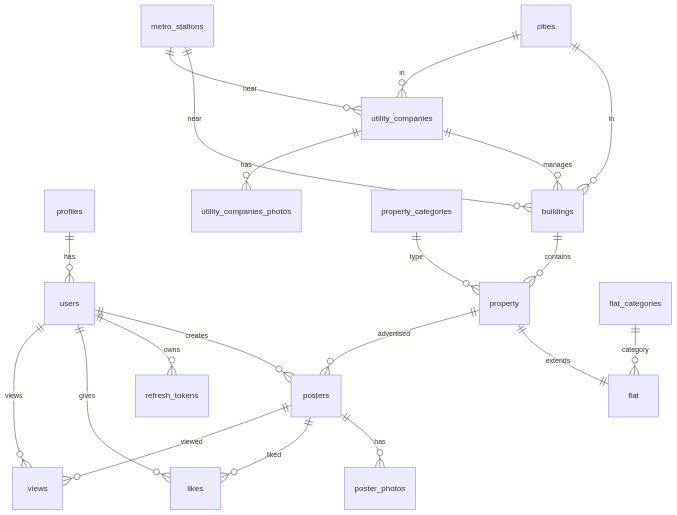
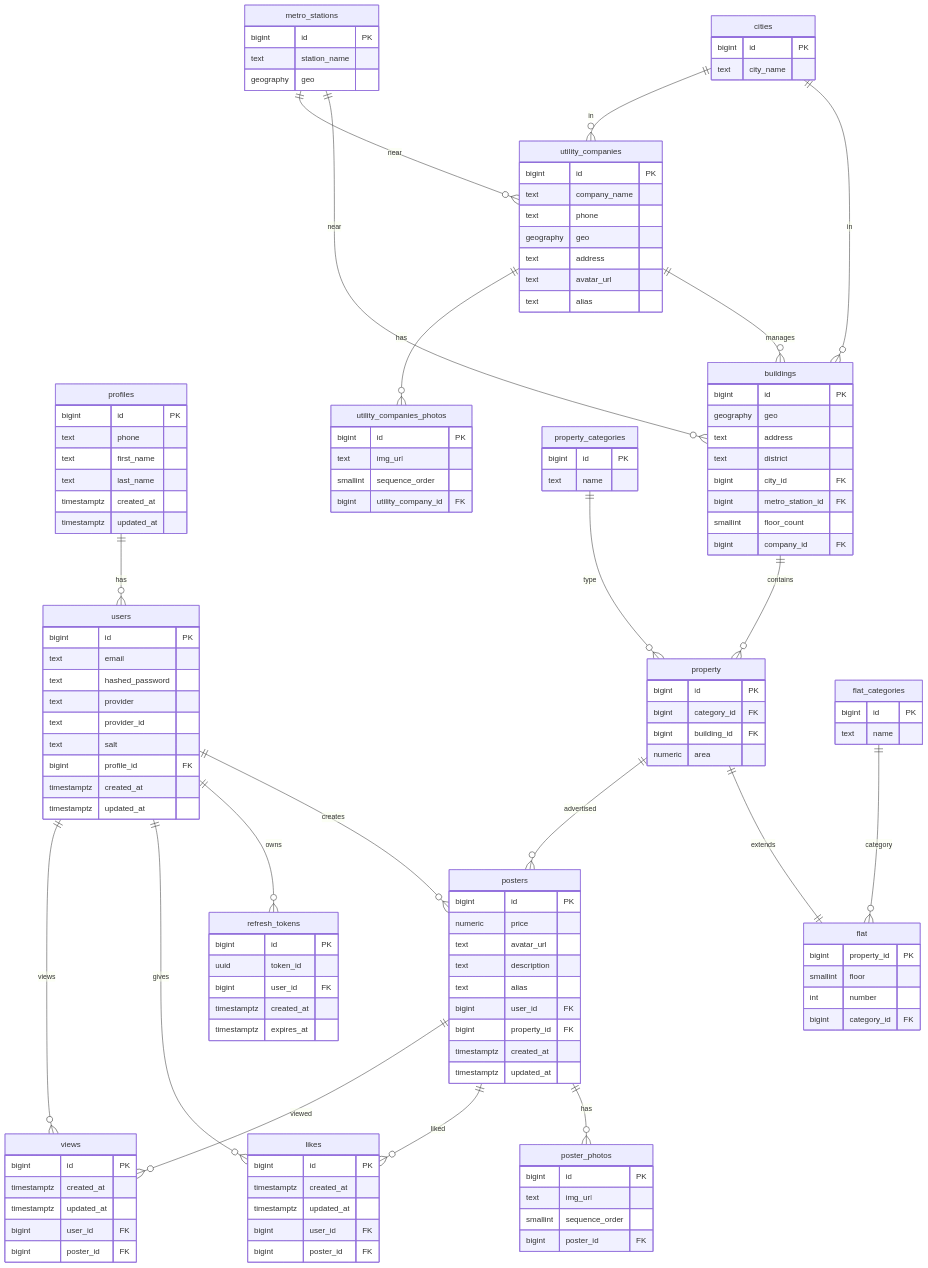
One commit to go-park-mail-ru/2026_1_TheBugs changed the diagram in db/normalized/relations.md. Above: the diagram before and after it, drawn with Mermaid.

Commit message:
fix(relations): fix er-diagram

````diff
--- a/db/normalized/relations.md
+++ b/db/normalized/relations.md
@@ -219,5 +219,132 @@
 ```mermaid
 erDiagram
+    profiles {
+        bigint id PK
+        text phone
+        text first_name
+        text last_name
+        timestamptz created_at
+        timestamptz updated_at
+    }
+    
+    users {
+        bigint id PK
+        text email
+        text hashed_password
+        text provider
+        text provider_id
+        text salt
+        bigint profile_id FK
+        timestamptz created_at
+        timestamptz updated_at
+    }
+    
+    refresh_tokens {
+        bigint id PK
+        uuid token_id
+        bigint user_id FK
+        timestamptz created_at
+        timestamptz expires_at
+    }
+    
+    cities {
+        bigint id PK
+        text city_name
+    }
+    
+    metro_stations {
+        bigint id PK
+        text station_name
+        geography geo
+    }
+    
+    utility_companies {
+        bigint id PK
+        text company_name
+        text phone
+        geography geo
+        text address
+        text avatar_url
+        text alias
+    }
+    
+    buildings {
+        bigint id PK
+        geography geo
+        text address
+        text district
+        bigint city_id FK
+        bigint metro_station_id FK
+        smallint floor_count
+        bigint company_id FK
+    }
+    
+    property_categories {
+        bigint id PK
+        text name
+    }
+    
+    property {
+        bigint id PK
+        bigint category_id FK
+        bigint building_id FK
+        numeric area
+    }
+    
+    flat_categories {
+        bigint id PK
+        text name
+    }
+    
+    flat {
+        bigint property_id PK
+        smallint floor
+        int number
+        bigint category_id FK
+    }
+    
+    posters {
+        bigint id PK
+        numeric price
+        text avatar_url
+        text description
+        text alias
+        bigint user_id FK
+        bigint property_id FK
+        timestamptz created_at
+        timestamptz updated_at
+    }
+    
+    poster_photos {
+        bigint id PK
+        text img_url
+        smallint sequence_order
+        bigint poster_id FK
+    }
+    
+    utility_companies_photos {
+        bigint id PK
+        text img_url
+        smallint sequence_order
+        bigint utility_company_id FK
+    }
+    
+    likes {
+        bigint id PK
+        timestamptz created_at
+        timestamptz updated_at
+        bigint user_id FK
+        bigint poster_id FK
+    }
+    
+    views {
+        bigint id PK
+        timestamptz created_at
+        timestamptz updated_at
+        bigint user_id FK
+        bigint poster_id FK
+    }
+
     profiles ||--o{ users : "has"
     users ||--o{ posters : "creates"
     users ||--o{ refresh_tokens : "owns"
@@ -231,8 +358,10 @@
     metro_stations ||--o{ utility_companies : "near"
     
     utility_companies ||--o{ buildings : "manages"
+    utility_companies ||--o{ utility_companies_photos : "has"
     
     buildings ||--o{ property : "contains"
+    
     property_categories ||--o{ property : "type"
     property ||--|| flat : "extends"
     flat_categories ||--o{ flat : "category"
@@ -241,6 +370,4 @@
     posters ||--o{ poster_photos : "has"
     posters ||--o{ likes : "liked"
     posters ||--o{ views : "viewed"
-    
-    utility_companies ||--o{ utility_companies_photos : "has"
 ```
````
